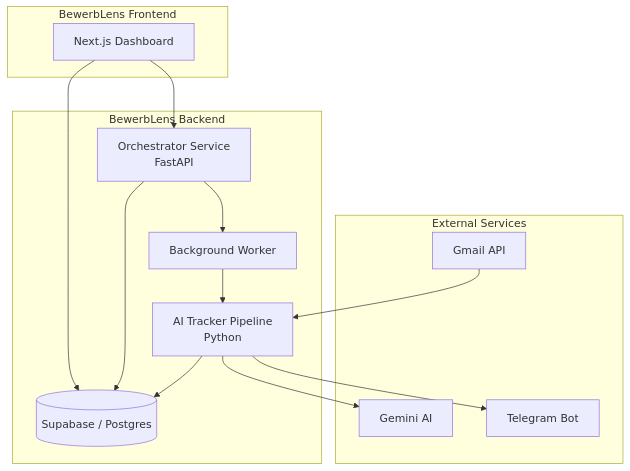
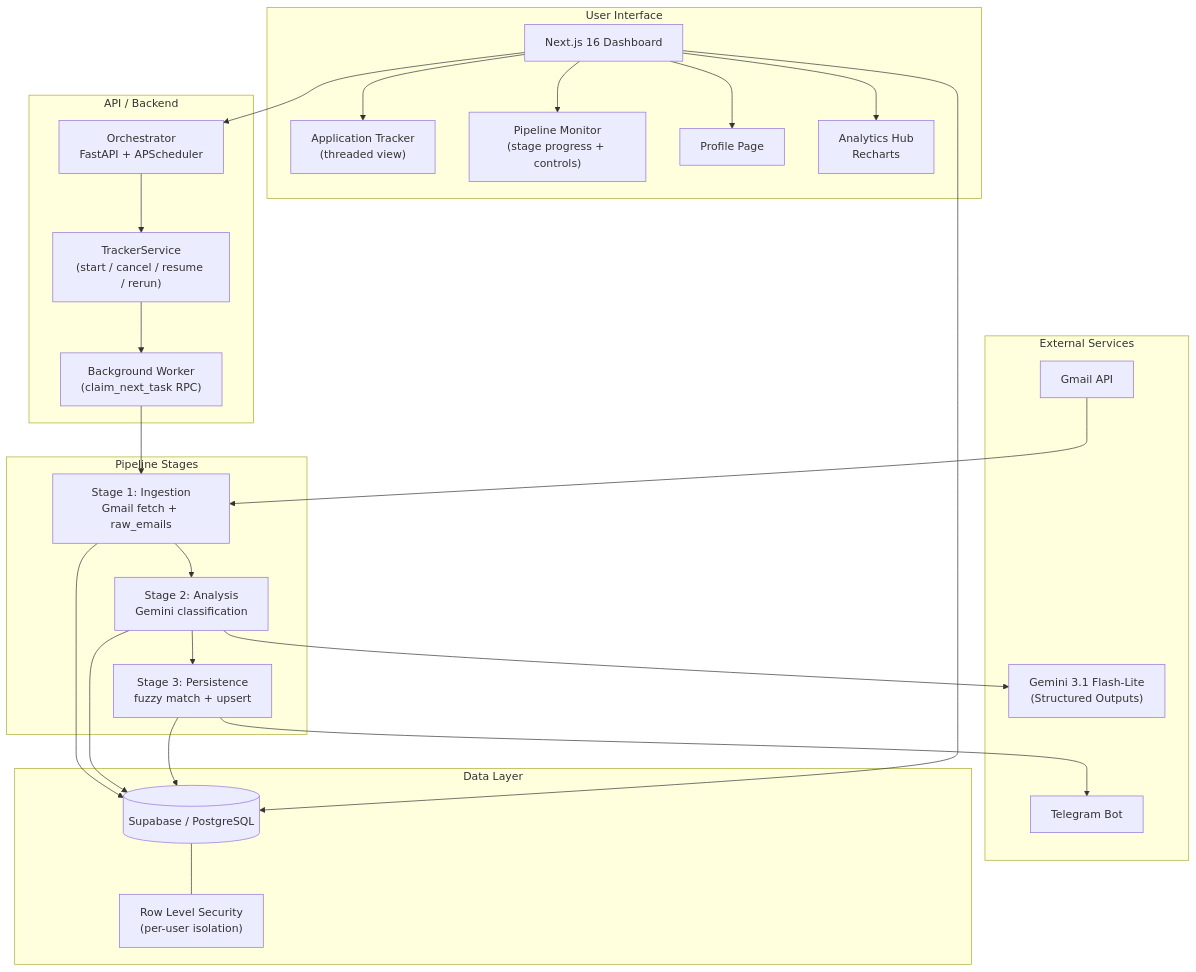
The diagram in README.md (maherahmedraza/BewerbLens), drawn with Mermaid before and after one commit. The commit also changed other lines of this file and 2 other files, not shown here.

Commit message:
docs: add pipeline guide, update architecture diagram and contributing guide
- Created docs/pipeline.md with stage details, re-run instructions, and artifact persistence docs
- Updated README Mermaid diagram with detailed component names and pipeline stages
- Added pipeline.md to README project structure and documentation links
- Updated CONTRIBUTING.md with branch naming conventions, commit message format,
  and env-file rules

````diff
--- a/README.md
+++ b/README.md
@@ -22,31 +22,49 @@
 ```mermaid
 graph TD
     subgraph "External Services"
         Gmail[Gmail API]
-        Gemini[Gemini AI]
+        Gemini["Gemini 3.1 Flash-Lite<br/>(Structured Outputs)"]
         Telegram[Telegram Bot]
     end
 
-    subgraph "BewerbLens Backend"
-        Orchestrator[Orchestrator Service <br/> FastAPI]
-        Worker[Background Worker]
-        Tracker[AI Tracker Pipeline <br/> Python]
-        DB[(Supabase / Postgres)]
+    subgraph "User Interface"
+        Dashboard[Next.js 16 Dashboard]
+        AppTracker["Application Tracker<br/>(threaded view)"]
+        PipelineMon["Pipeline Monitor<br/>(stage progress + controls)"]
+        ProfilePage[Profile Page]
+        Analytics[Analytics Hub<br/>Recharts]
+        Dashboard --> AppTracker
+        Dashboard --> PipelineMon
+        Dashboard --> ProfilePage
+        Dashboard --> Analytics
     end
 
-    subgraph "BewerbLens Frontend"
-        Dashboard[Next.js Dashboard]
+    subgraph "API / Backend"
+        Orchestrator["Orchestrator<br/>FastAPI + APScheduler"]
+        Worker["Background Worker<br/>(claim_next_task RPC)"]
+        TrackerSvc["TrackerService<br/>(start / cancel / resume / rerun)"]
+        Orchestrator --> TrackerSvc
+        TrackerSvc --> Worker
     end
 
-    Gmail --> Tracker
-    Tracker --> Gemini
-    Tracker --> DB
-    Tracker --> Telegram
-    
-    Orchestrator --> Worker
-    Worker --> Tracker
-    Orchestrator --> DB
-    
+    subgraph "Pipeline Stages"
+        S1["Stage 1: Ingestion<br/>Gmail fetch + raw_emails"]
+        S2["Stage 2: Analysis<br/>Gemini classification"]
+        S3["Stage 3: Persistence<br/>fuzzy match + upsert"]
+        S1 --> S2 --> S3
+    end
+
+    subgraph "Data Layer"
+        DB[("Supabase / PostgreSQL")]
+        RLS["Row Level Security<br/>(per-user isolation)"]
+        DB --- RLS
+    end
+
+    Gmail --> S1
+    S2 --> Gemini
+    S3 --> Telegram
+    S1 & S2 & S3 --> DB
+    Worker --> S1
     Dashboard --> Orchestrator
     Dashboard --> DB
 ```
````
